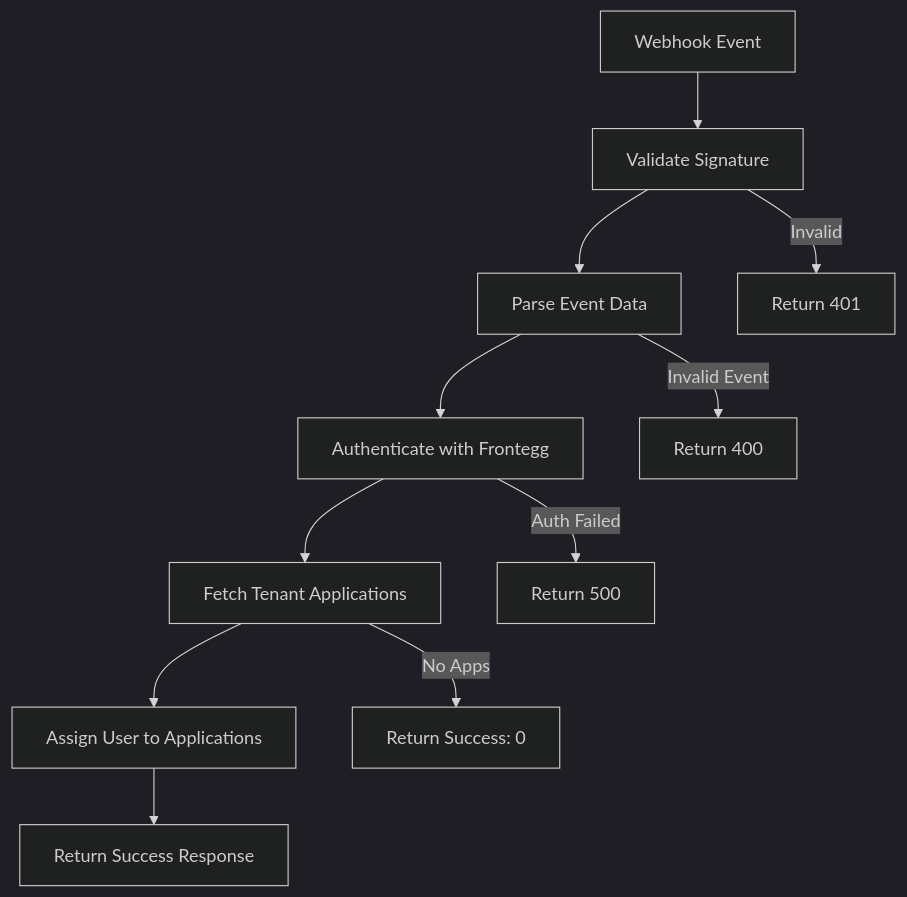
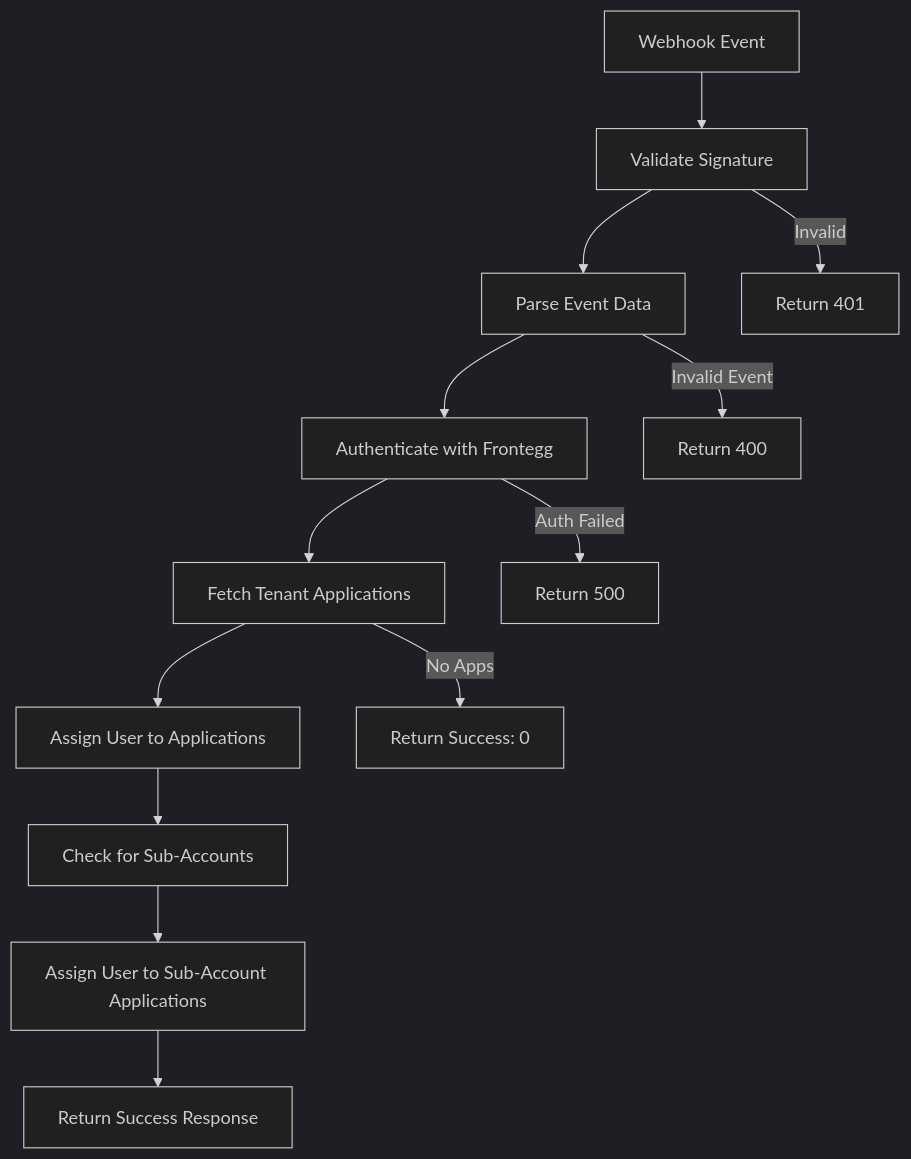
Before and after one commit to thedignifiedco/frontegg-webhook-listening-service: the diagram in README.md, drawn with Mermaid (dark theme). The commit also changed other lines of this file, not shown here.

````diff
--- a/README.md
+++ b/README.md
@@ -207,14 +211,16 @@
 ```mermaid
 graph TD
     A[Webhook Event] --> B[Validate Signature]
     B --> C[Parse Event Data]
     C --> D[Authenticate with Frontegg]
     D --> E[Fetch Tenant Applications]
     E --> F[Assign User to Applications]
-    F --> G[Return Success Response]
+    F --> G[Check for Sub-Accounts]
+    G --> H[Assign User to Sub-Account Applications]
+    H --> I[Return Success Response]
     
-    B -->|Invalid| H[Return 401]
-    C -->|Invalid Event| I[Return 400]
-    D -->|Auth Failed| J[Return 500]
-    E -->|No Apps| K[Return Success: 0]
+    B -->|Invalid| J[Return 401]
+    C -->|Invalid Event| K[Return 400]
+    D -->|Auth Failed| L[Return 500]
+    E -->|No Apps| M[Return Success: 0]
 ```
````
